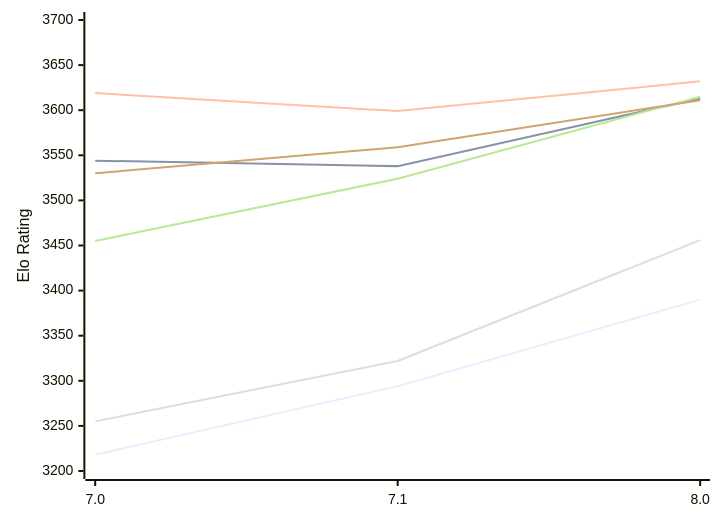
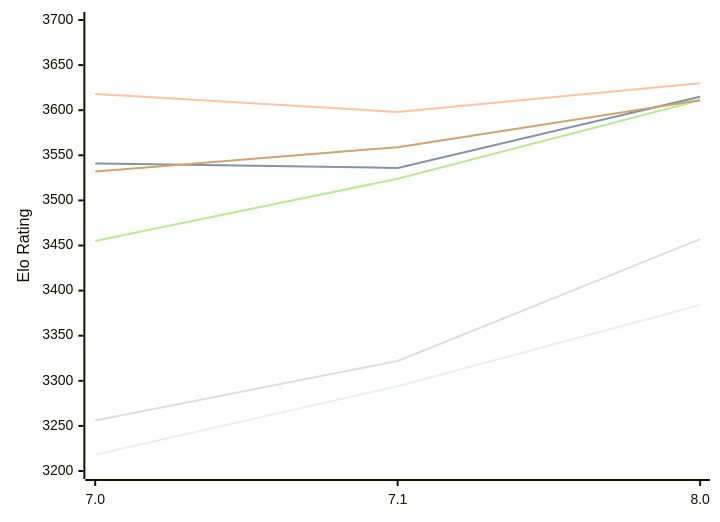
One commit to computer-chess-index/cci changed the first of 2 diagrams in engines/PZChessBot.md. Above: the diagram before and after it, drawn with Mermaid. The commit also changed other lines of this file, not shown here.

Commit message:
Update CCI Ratings (ELO VLTC) - 2026-11-27

````diff
--- a/engines/PZChessBot.md
+++ b/engines/PZChessBot.md
@@ -55,12 +55,12 @@
 ```mermaid
 %%{init: {"theme":"base","themeVariables":{"seriesColors:['#a3a3a3','#222221','#faa371']}}}%%
 xychart-beta
   x-axis ["7.0", "7.1", "8.0"]
   y-axis "Elo Rating" 3200 --> 3700
-  line "E1: STC (8.0+0.08s)" [3218, 3294, 3390]
-  line "E1: LTC (60.0+0.60s)" [3544, 3538, 3613]
-  line "E1: VLTC (2m24s+1.12s)" [3619, 3599, 3632]
-  line "P1: STC (8.0+0.08s)" [3255, 3322, 3456]
-  line "P1: LTC (60.0+0.60s)" [3455, 3524, 3615]
-  line "P1: VLTC (2m24s+1.12s)" [3530, 3559, 3611]
+  line "E1: STC (8.0+0.08s)" [3218, 3294, 3384]
+  line "E1: LTC (60.0+0.60s)" [3541, 3536, 3615]
+  line "E1: VLTC (2m24s+1.12s)" [3618, 3598, 3630]
+  line "P1: STC (8.0+0.08s)" [3256, 3322, 3457]
+  line "P1: LTC (60.0+0.60s)" [3455, 3524, 3611]
+  line "P1: VLTC (2m24s+1.12s)" [3532, 3559, 3611]
 ```
````
